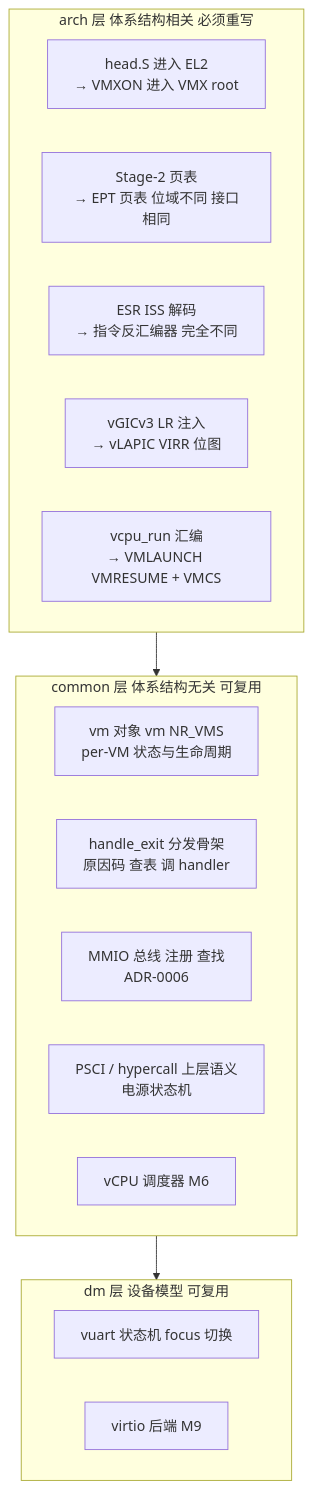
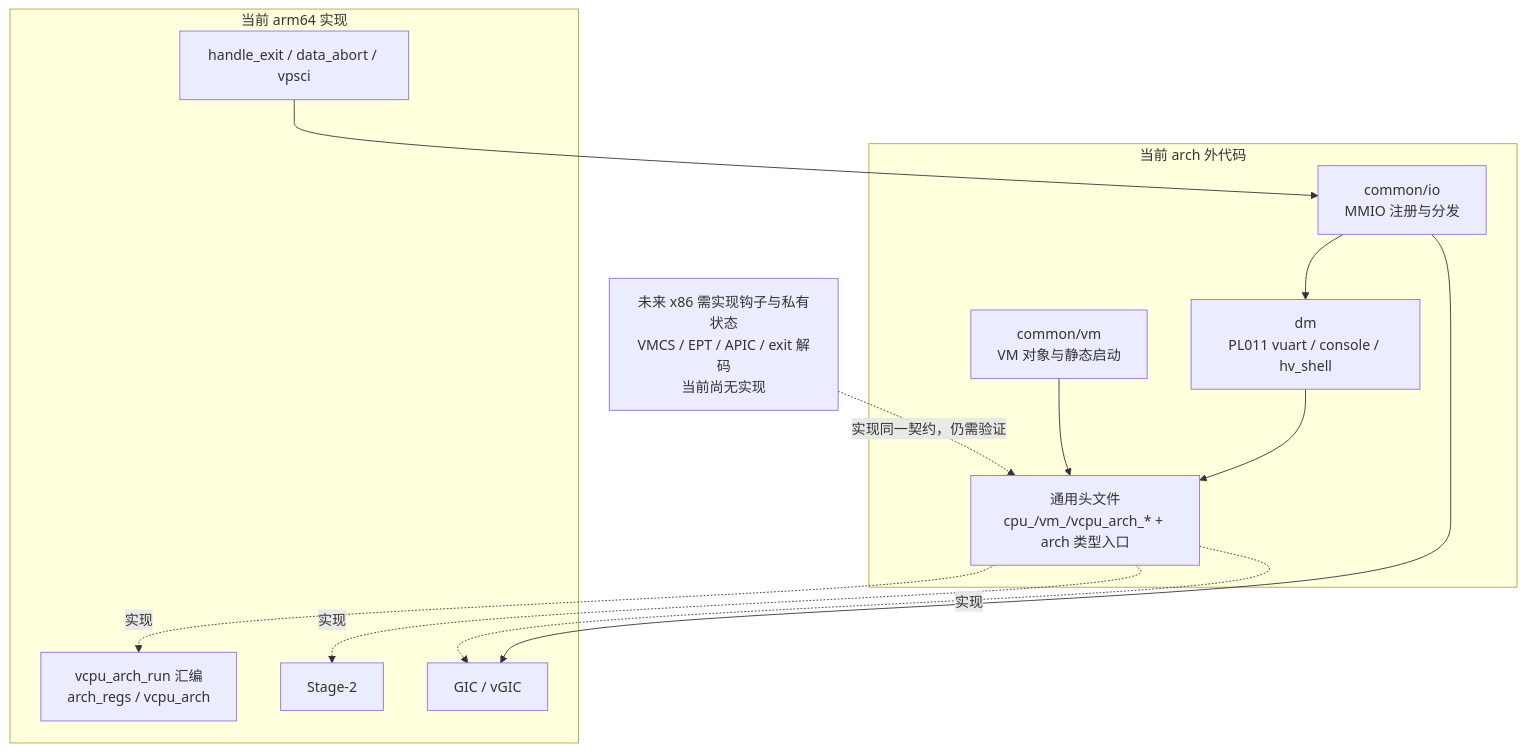
The sixth of 6 diagrams in docs/reference/x86/architecture-x86.md (James7zy/hypervisor), drawn with Mermaid before and after one commit. The commit also changed other lines of this file and 14 other files, not shown here.

First line of the commit message:
[docs][docs] architecture: Refresh guidance after boundary extraction

````diff
--- a/docs/reference/x86/architecture-x86.md
+++ b/docs/reference/x86/architecture-x86.md
@@ -371,23 +373,24 @@
 ```mermaid
 flowchart TD
-    subgraph ARCH["arch 层 体系结构相关 必须重写"]
-        A1["head.S 进入 EL2<br/>→ VMXON 进入 VMX root"]
-        A2["Stage-2 页表<br/>→ EPT 页表 位域不同 接口相同"]
-        A3["ESR ISS 解码<br/>→ 指令反汇编器 完全不同"]
-        A4["vGICv3 LR 注入<br/>→ vLAPIC VIRR 位图"]
-        A5["vcpu_run 汇编<br/>→ VMLAUNCH VMRESUME + VMCS"]
+    subgraph CORE["当前 arch 外代码"]
+        VM["common/vm<br/>VM 对象与静态启动"]
+        BUS["common/io<br/>MMIO 注册与分发"]
+        DM["dm<br/>PL011 vuart / console / hv_shell"]
+        HOOK["通用头文件<br/>cpu_/vm_/vcpu_arch_* + arch 类型入口"]
     end
-    subgraph COMMON["common 层 体系结构无关 可复用"]
-        C1["vm 对象 vm NR_VMS<br/>per-VM 状态与生命周期"]
-        C2["handle_exit 分发骨架<br/>原因码 查表 调 handler"]
-        C3["MMIO 总线 注册 查找<br/>ADR-0006"]
-        C4["PSCI / hypercall 上层语义<br/>电源状态机"]
-        C5["vCPU 调度器 M6"]
+    subgraph ARM["当前 arm64 实现"]
+        CTX["vcpu_arch_run 汇编<br/>arch_regs / vcpu_arch"]
+        MEM["Stage-2"]
+        EXIT["handle_exit / data_abort / vpsci"]
+        IRQ["GIC / vGIC"]
     end
-    subgraph DM["dm 层 设备模型 可复用"]
-        D1["vuart 状态机 focus 切换"]
-        D2["virtio 后端 M9"]
-    end
-    ARCH --> COMMON
-    COMMON --> DM
+    VM --> HOOK
+    DM --> HOOK
+    HOOK -. "实现" .-> CTX
+    HOOK -. "实现" .-> MEM
+    HOOK -. "实现" .-> IRQ
+    EXIT --> BUS
+    BUS --> DM
+    BUS --> IRQ
+    X86["未来 x86 需实现钩子与私有状态<br/>VMCS / EPT / APIC / exit 解码<br/>当前尚无实现"] -. "实现同一契约，仍需验证" .-> HOOK
 ```
````
